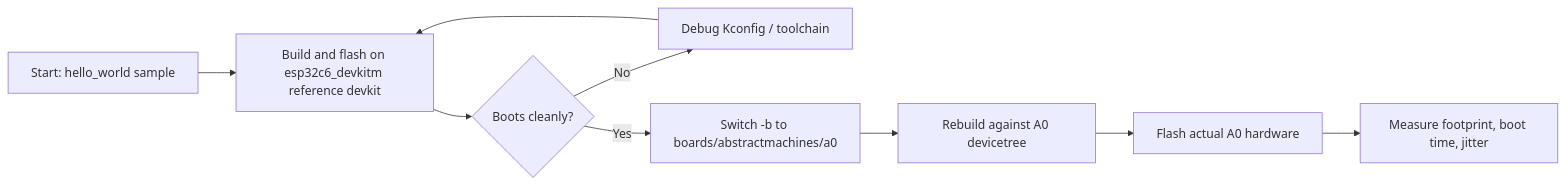
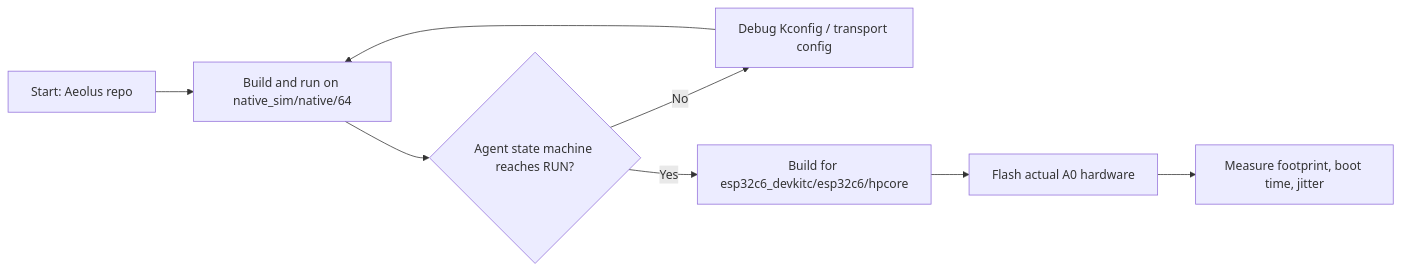
The second of 2 diagrams in src/content/blogs/zephyr-rtos-vs-linux-iot-gateway-a0.md (absmach/website), drawn with Mermaid before and after one commit. The commit also changed other lines of this file, not shown here.

Commit message:
Correct blog to reference real Aeolus/Magistrala Agent stack, not generic scratch build

````diff
--- a/src/content/blogs/zephyr-rtos-vs-linux-iot-gateway-a0.md
+++ b/src/content/blogs/zephyr-rtos-vs-linux-iot-gateway-a0.md
@@ -118,11 +112,10 @@
 ```mermaid
 flowchart LR
-    Start[Start: hello_world sample] --> Devkit[Build and flash on esp32c6_devkitm reference devkit]
-    Devkit --> Verify{Boots cleanly?}
-    Verify -- No --> Debug[Debug Kconfig / toolchain]
-    Debug --> Devkit
-    Verify -- Yes --> BoardPort[Switch -b to boards/abstractmachines/a0]
-    BoardPort --> Rebuild[Rebuild against A0 devicetree]
-    Rebuild --> FlashA0[Flash actual A0 hardware]
+    Start[Start: Aeolus repo] --> Sim[Build and run on native_sim/native/64]
+    Sim --> Verify{Agent state machine reaches RUN?}
+    Verify -- No --> Debug[Debug Kconfig / transport config]
+    Debug --> Sim
+    Verify -- Yes --> HW[Build for esp32c6_devkitc/esp32c6/hpcore]
+    HW --> FlashA0[Flash actual A0 hardware]
     FlashA0 --> Measure[Measure footprint, boot time, jitter]
 ```
````
